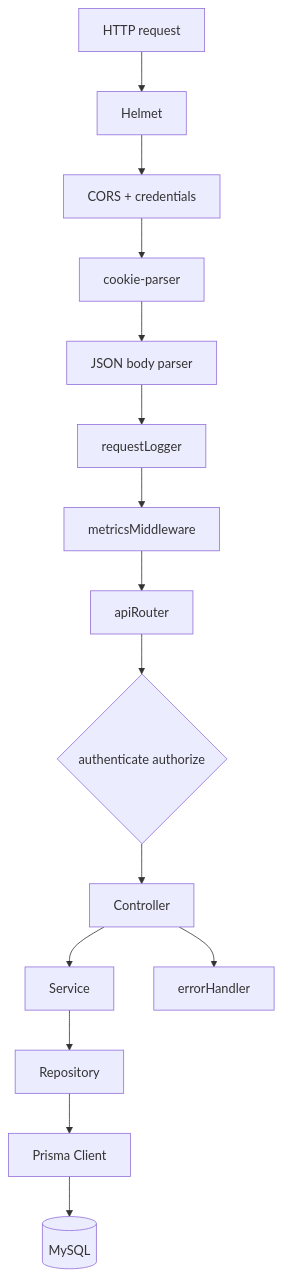
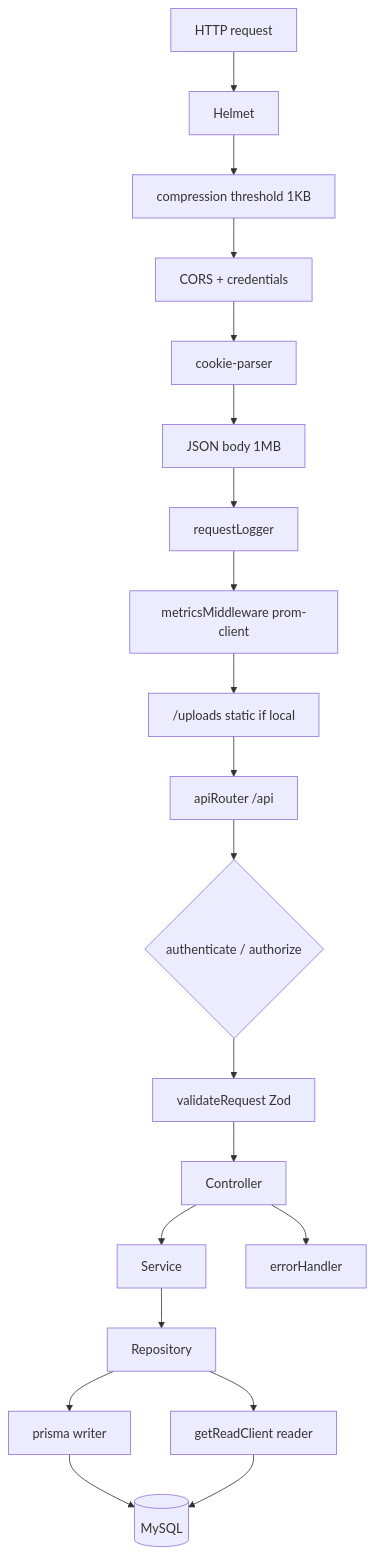
Before and after one commit to MetaForge-IT/BillVyapp-Production: the fourth of 9 diagrams in ARCHITECTURE.md, drawn with Mermaid. The commit also changed other lines of this file and 119 other files, not shown here.

````diff
--- a/ARCHITECTURE.md
+++ b/ARCHITECTURE.md
@@ -228,17 +345,22 @@
 ```mermaid
 flowchart TB
   Req["HTTP request"] --> Helmet["Helmet"]
-  Helmet --> CORS["CORS + credentials"]
+  Helmet --> Compress["compression threshold 1KB"]
+  Compress --> CORS["CORS + credentials"]
   CORS --> Cookies["cookie-parser"]
-  Cookies --> Body["JSON body parser"]
+  Cookies --> Body["JSON body 1MB"]
   Body --> Log["requestLogger"]
-  Log --> Metrics["metricsMiddleware"]
-  Metrics --> Router["apiRouter"]
-  Router --> AuthMW{"authenticate authorize"}
-  AuthMW --> Ctrl["Controller"]
+  Log --> Metrics["metricsMiddleware prom-client"]
+  Metrics --> Static["/uploads static if local"]
+  Static --> Router["apiRouter /api"]
+  Router --> AuthMW{"authenticate / authorize"}
+  AuthMW --> Validate["validateRequest Zod"]
+  Validate --> Ctrl["Controller"]
   Ctrl --> Svc["Service"]
   Svc --> Repo["Repository"]
-  Repo --> Prisma["Prisma Client"]
-  Prisma --> DB[("MySQL")]
+  Repo --> PrismaW["prisma writer"]
+  Repo --> PrismaR["getReadClient reader"]
+  PrismaW --> DB[("MySQL")]
+  PrismaR --> DB
   Ctrl --> Err["errorHandler"]
 ```
````
